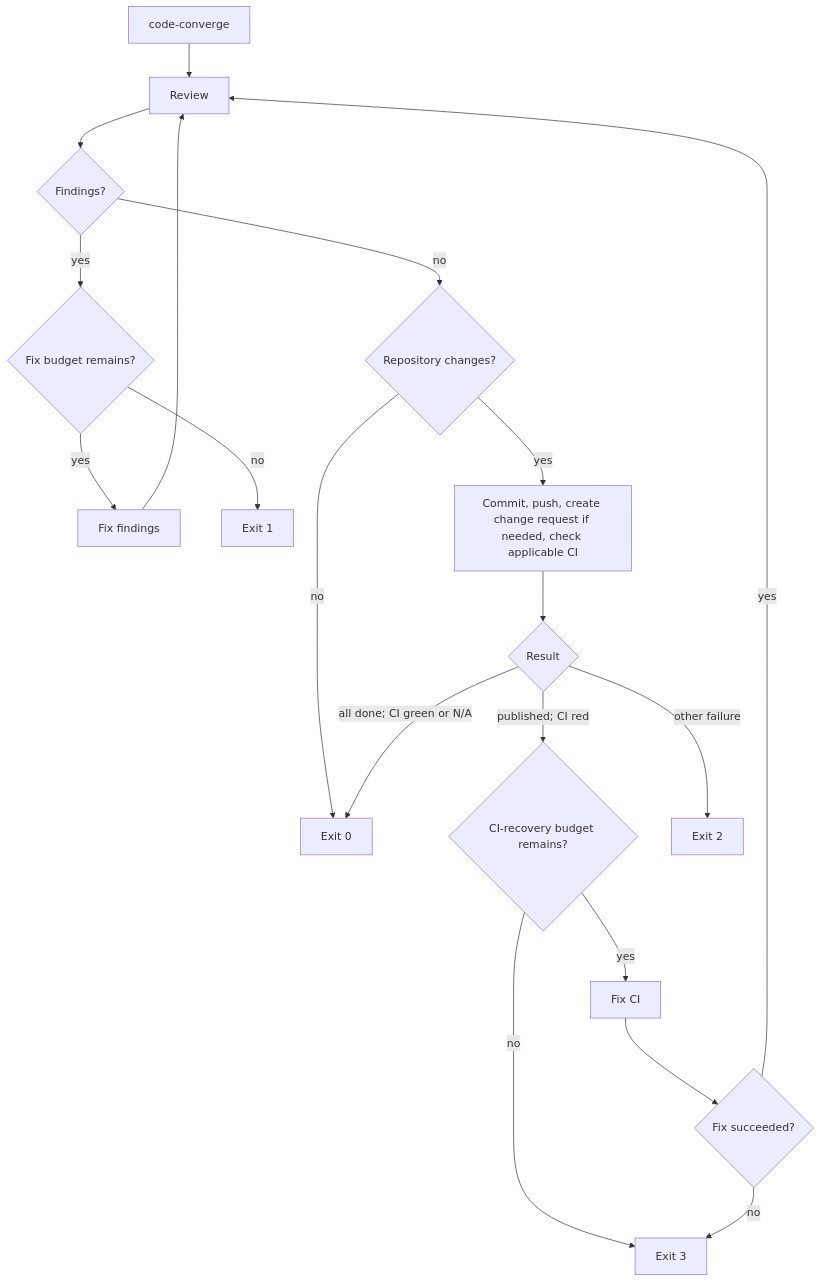
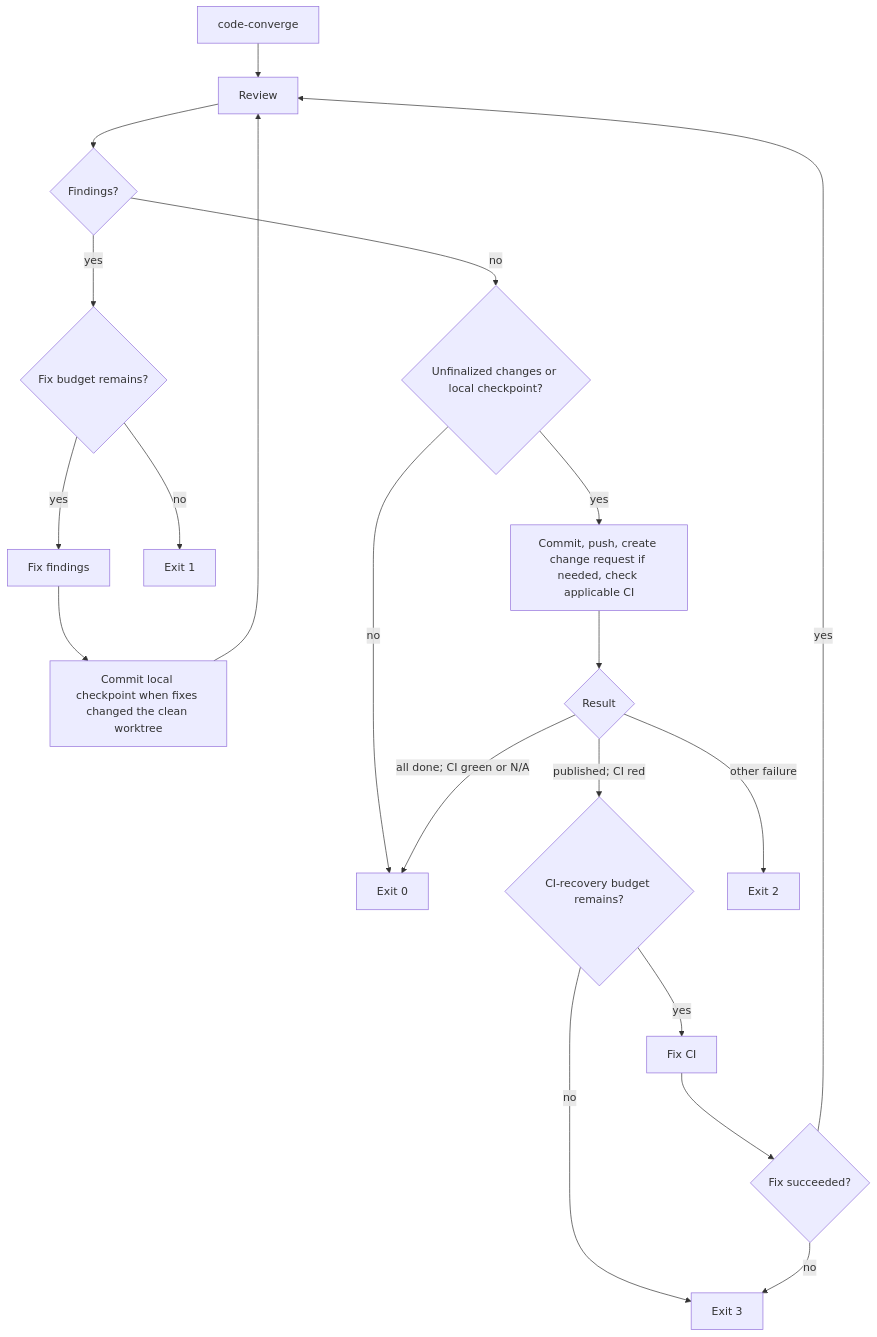
Before and after one commit to dapi/code-converge: the diagram in README.md, drawn with Mermaid. The commit also changed other lines of this file and 15 other files, not shown here.

````diff
--- a/README.md
+++ b/README.md
@@ -17,21 +17,22 @@
 ```mermaid
 flowchart TD
     A["code-converge"] --> B[Review]
     B --> C{Findings?}
     C -- yes --> E{Fix budget remains?}
     E -- yes --> D[Fix findings]
     E -- no --> X1[Exit 1]
-    D --> B
-    C -- no --> N{Repository changes?}
+    D --> K["Commit local checkpoint when fixes changed the clean worktree"]
+    K --> B
+    C -- no --> N{Unfinalized changes or local checkpoint?}
     N -- no --> X0[Exit 0: no-op]
     N -- yes --> F[Commit, push, create change request if needed, check applicable CI]
     F --> G{Result}
     G -- all done; CI green or N/A --> X0[Exit 0]
     G -- published; CI red --> J{CI-recovery budget remains?}
     J -- yes --> H[Fix CI]
     J -- no --> X3[Exit 3]
     H --> I{Fix succeeded?}
     I -- yes --> B
     I -- no --> X3[Exit 3]
     G -- other failure --> X2[Exit 2]
 ```
````
